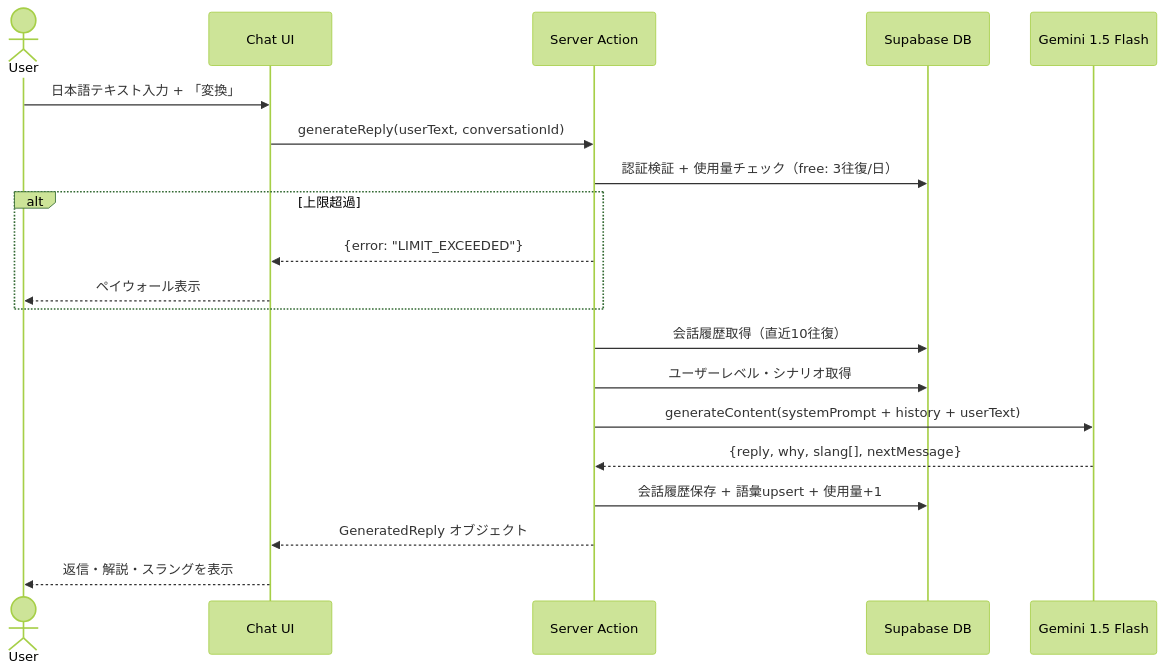
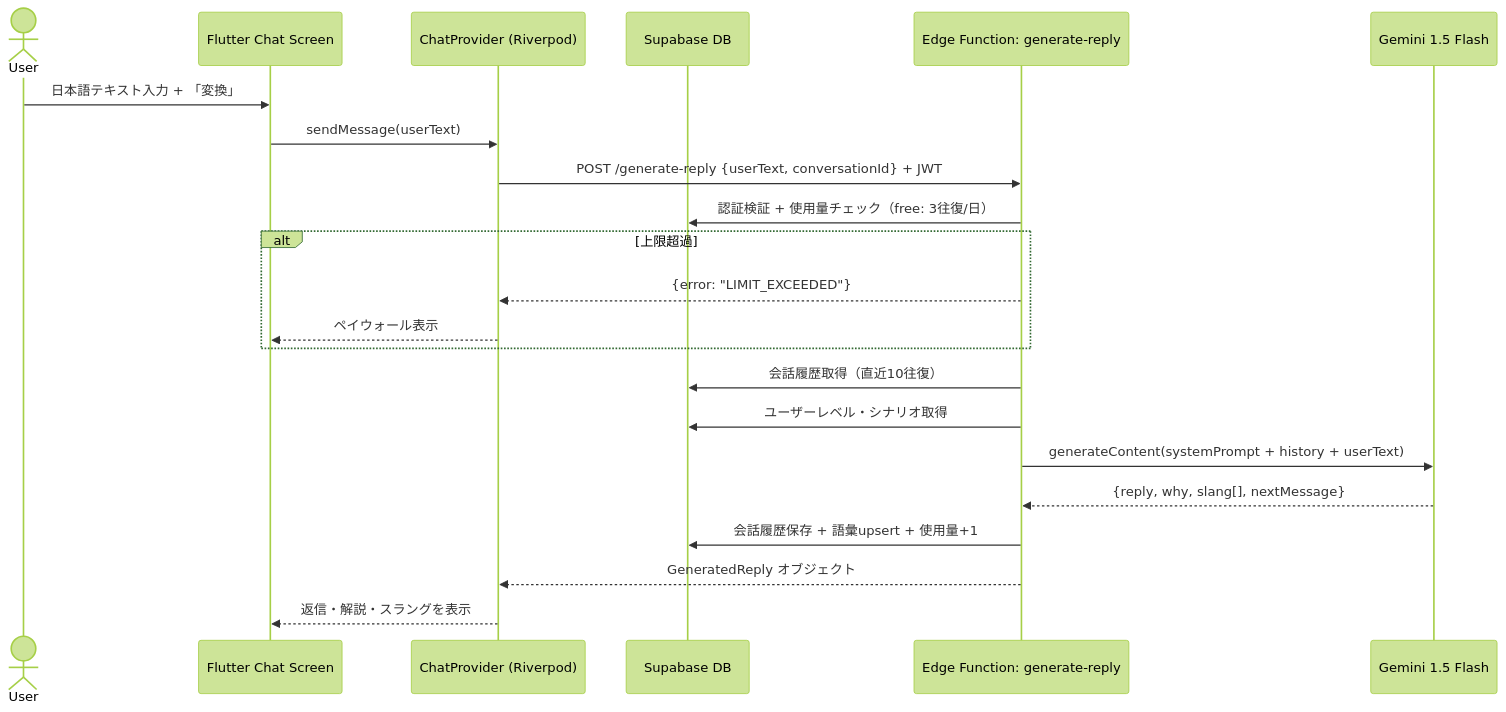
Before and after one commit to mine2424/rizzlang: the second of 4 diagrams in .kiro/specs/rizzlang-mvp/design.md, drawn with Mermaid (forest theme). The commit also changed other lines of this file and 2 other files, not shown here.

First line of the commit message:
docs: kiro spec を Flutter アーキテクチャに全面更新

````diff
--- a/.kiro/specs/rizzlang-mvp/design.md
+++ b/.kiro/specs/rizzlang-mvp/design.md
@@ -90,23 +97,25 @@
 ```mermaid
 sequenceDiagram
     actor User
-    participant UI as Chat UI
-    participant SA as Server Action
+    participant UI as Flutter Chat Screen
+    participant RP as ChatProvider (Riverpod)
     participant DB as Supabase DB
+    participant EF as Edge Function: generate-reply
     participant AI as Gemini 1.5 Flash
 
     User->>UI: 日本語テキスト入力 + 「変換」
-    UI->>SA: generateReply(userText, conversationId)
-    SA->>DB: 認証検証 + 使用量チェック（free: 3往復/日）
+    UI->>RP: sendMessage(userText)
+    RP->>EF: POST /generate-reply {userText, conversationId} + JWT
+    EF->>DB: 認証検証 + 使用量チェック（free: 3往復/日）
     alt 上限超過
-        SA-->>UI: {error: "LIMIT_EXCEEDED"}
-        UI-->>User: ペイウォール表示
+        EF-->>RP: {error: "LIMIT_EXCEEDED"}
+        RP-->>UI: ペイウォール表示
     end
-    SA->>DB: 会話履歴取得（直近10往復）
-    SA->>DB: ユーザーレベル・シナリオ取得
-    SA->>AI: generateContent(systemPrompt + history + userText)
-    AI-->>SA: {reply, why, slang[], nextMessage}
-    SA->>DB: 会話履歴保存 + 語彙upsert + 使用量+1
-    SA-->>UI: GeneratedReply オブジェクト
-    UI-->>User: 返信・解説・スラングを表示
+    EF->>DB: 会話履歴取得（直近10往復）
+    EF->>DB: ユーザーレベル・シナリオ取得
+    EF->>AI: generateContent(systemPrompt + history + userText)
+    AI-->>EF: {reply, why, slang[], nextMessage}
+    EF->>DB: 会話履歴保存 + 語彙upsert + 使用量+1
+    EF-->>RP: GeneratedReply オブジェクト
+    RP-->>UI: 返信・解説・スラングを表示
 ```
````
